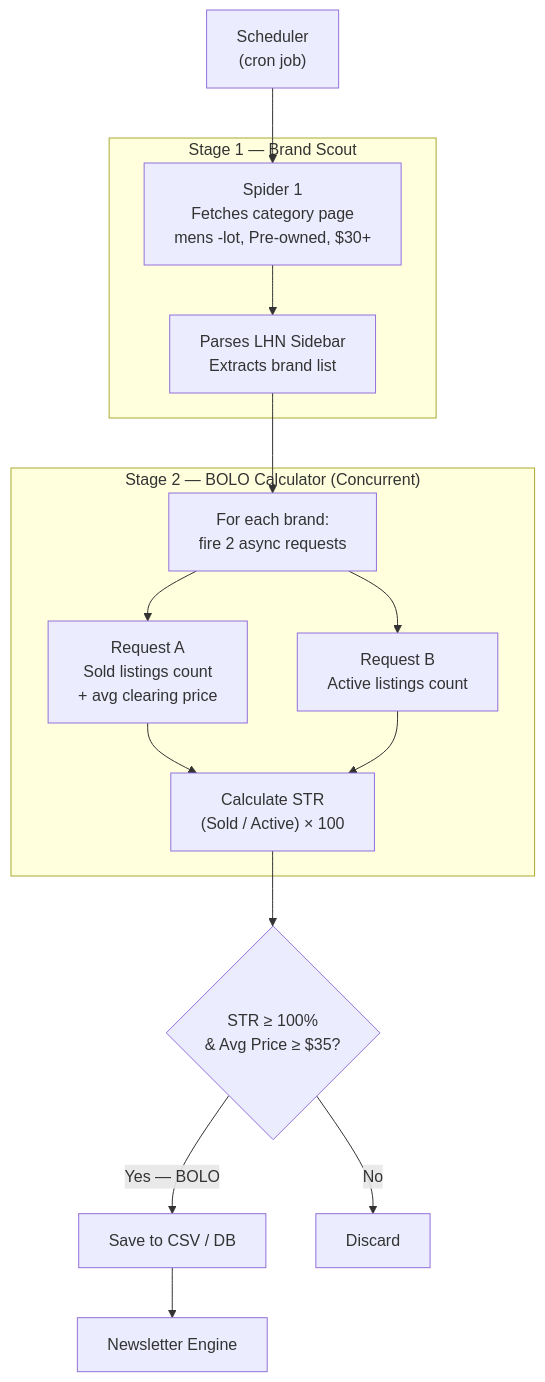
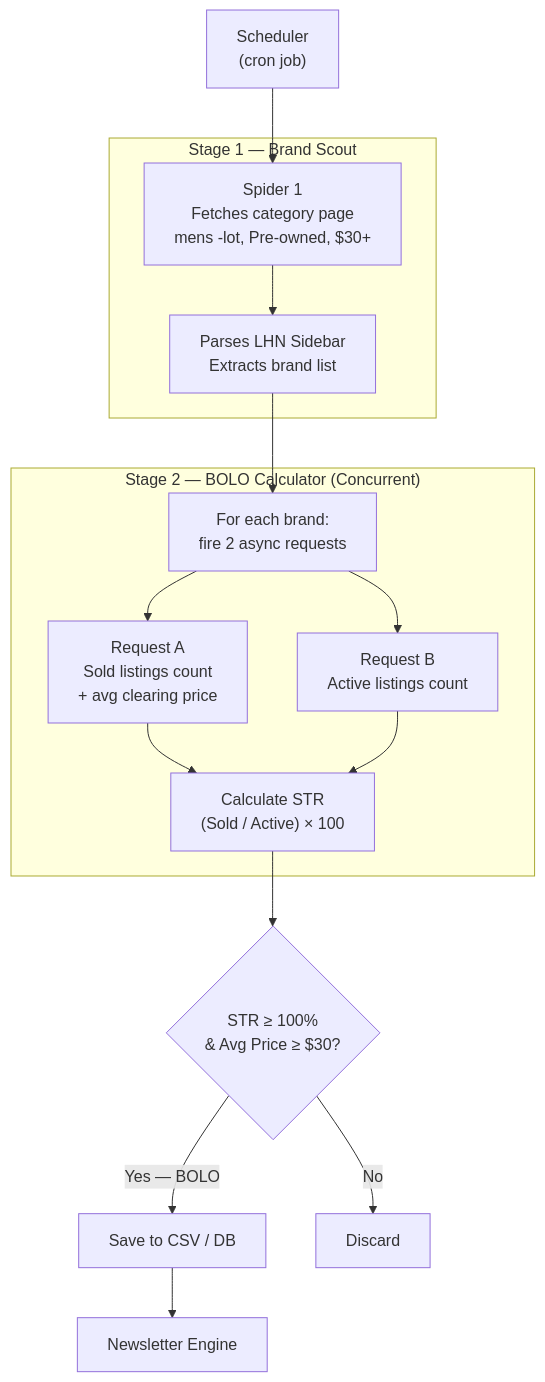
The diagram in README.md (jalalsj/ebay_bolo_pipeline), drawn with Mermaid before and after one commit. The commit also changed other lines of this file, not shown here.

Commit message:
fix: standardize min price threshold to $30+ across README

````diff
--- a/README.md
+++ b/README.md
@@ -40,21 +40,21 @@
 ```mermaid
 graph TD
     A["Scheduler\n(cron job)"] --> B
 
     subgraph "Stage 1 — Brand Scout"
         B["Spider 1\nFetches category page\nmens -lot, Pre-owned, $30+"] --> C["Parses LHN Sidebar\nExtracts brand list"]
     end
 
     C --> D
 
     subgraph "Stage 2 — BOLO Calculator (Concurrent)"
         D["For each brand:\nfire 2 async requests"] --> E["Request A\nSold listings count\n+ avg clearing price"]
         D --> F["Request B\nActive listings count"]
         E & F --> G["Calculate STR\n(Sold / Active) × 100"]
     end
 
-    G --> H{"STR ≥ 100%\n& Avg Price ≥ $35?"}
+    G --> H{"STR ≥ 100%\n& Avg Price ≥ $30?"}
     H -->|"Yes — BOLO"| I["Save to CSV / DB"]
     H -->|"No"| J["Discard"]
     I --> K["Newsletter Engine"]
 ```
````
